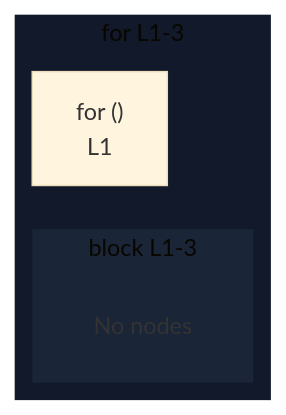
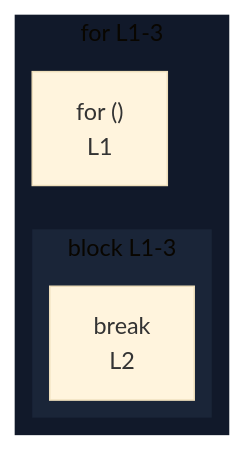
One commit to crescware/unsnarl changed the diagram in integration/fixtures/iteration-statement/classic-for/all-clauses-omitted/preview.md. Above: the diagram before and after it, drawn with Mermaid (base theme). The commit also changed 352 other files, not shown here.

````diff
--- a/integration/fixtures/iteration-statement/classic-for/all-clauses-omitted/preview.md
+++ b/integration/fixtures/iteration-statement/classic-for/all-clauses-omitted/preview.md
@@ -13,18 +13,16 @@
 ```mermaid
 %%{init: {"flowchart": {"defaultRenderer": "elk"}}}%%
 flowchart RL
   subgraph s_scope_1["for L1-3"]
     direction RL
     for_test_scope_0_0["for ()<br/>L1"]
     subgraph s_scope_2["block L1-3"]
       direction RL
-      elk_empty_s_scope_2["No nodes"]
+      bc_break_13["break<br/>L2"]
     end
   end
   classDef nestL1 fill:#11192a,stroke:transparent;
   class s_scope_1 nestL1;
   classDef nestL2 fill:#1a2538,stroke:transparent;
   class s_scope_2 nestL2;
-  classDef elkEmptyPlaceholder fill:transparent,stroke:transparent;
-  class elk_empty_s_scope_2 elkEmptyPlaceholder;
 ```
````
